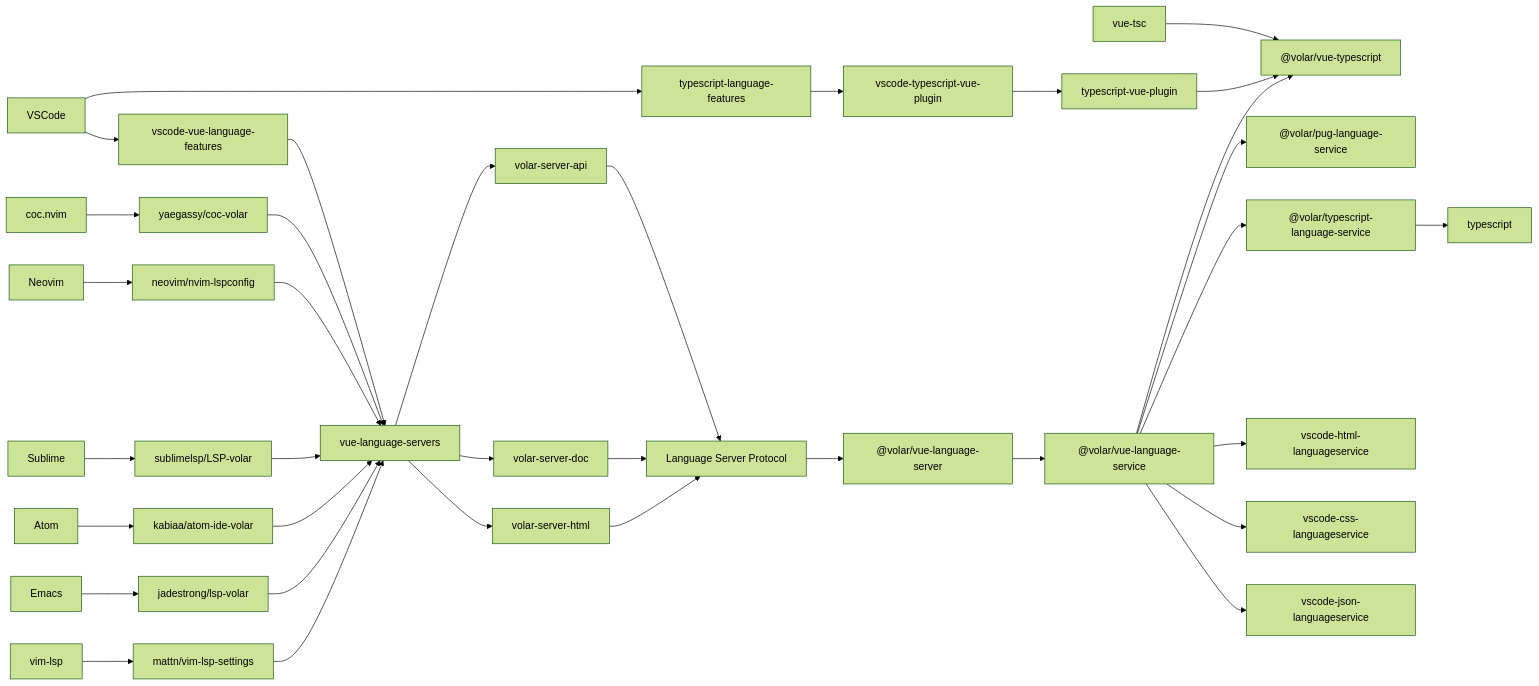
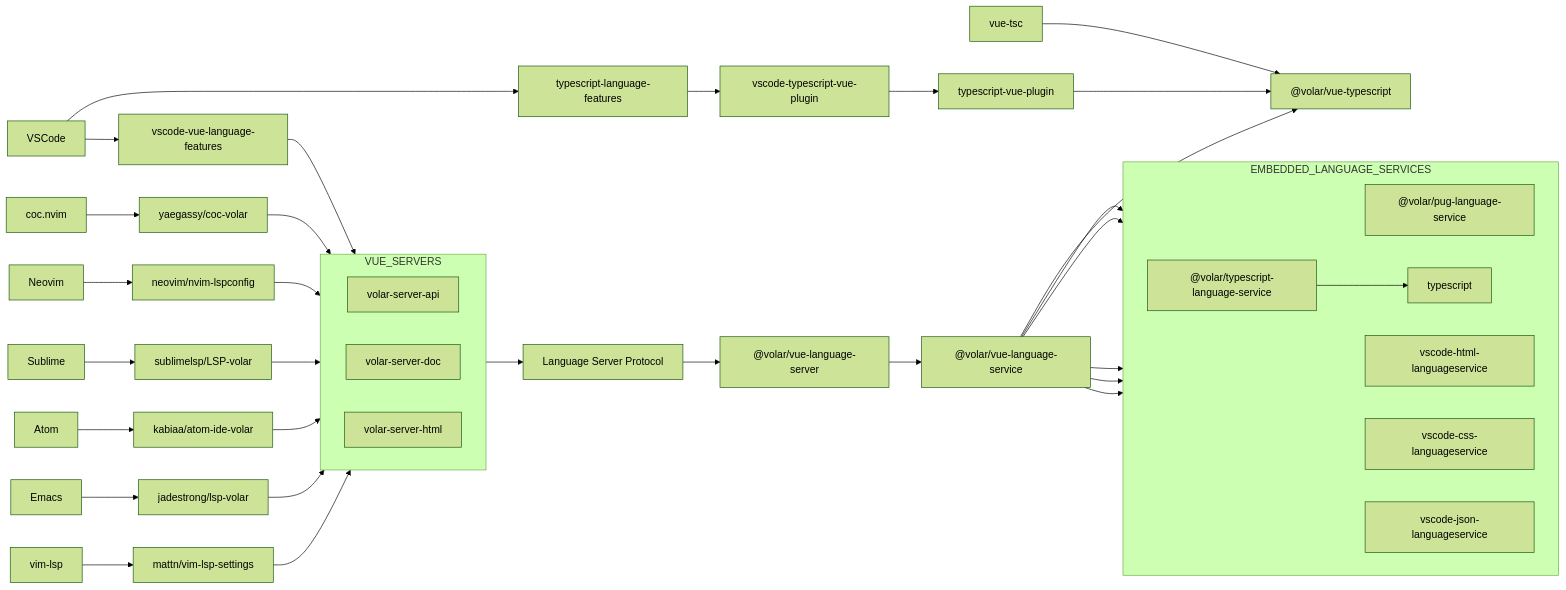
Before and after one commit to vuejs/language-tools: the diagram in README.md, drawn with Mermaid (forest theme).

Commit message:
doc: use subgraph

````diff
--- a/README.md
+++ b/README.md
@@ -40,5 +40,5 @@
 ```mermaid
-graph LR
+flowchart LR
     %% IDEs
     VSC[VSCode]
     COC[coc.nvim]
@@ -59,7 +59,6 @@
 
     %% LSP
     LSP[Language Server Protocol]
-    VUE_SERVERS[vue-language-servers]
     VUE_SERVER_API[volar-server-api]
     VUE_SERVER_DOC[volar-server-doc]
     VUE_SERVER_HTML[volar-server-html]
@@ -83,6 +82,22 @@
     JSON_SERVICE[vscode-json-languageservice]
     TS[typescript]
 
+    subgraph VUE_SERVERS
+      direction LR
+      VUE_SERVER_API
+      VUE_SERVER_DOC
+      VUE_SERVER_HTML
+    end
+
+    subgraph EMBEDDED_LANGUAGE_SERVICES
+      direction LR
+      TS_SERVICE --> TS
+      PUG_SERVICE
+      HTML_SERVICE
+      CSS_SERVICE
+      JSON_SERVICE
+    end
+
     VSC --> VSC_VUE
     COC --> COC_VUE
     NEO --> NEO_VUE
@@ -99,13 +114,7 @@
     EMACS_VUE --> VUE_SERVERS
     VIM_LSP_VUE --> VUE_SERVERS
 
-    VUE_SERVERS --> VUE_SERVER_API
-    VUE_SERVERS --> VUE_SERVER_DOC
-    VUE_SERVERS --> VUE_SERVER_HTML
-
-    VUE_SERVER_API --> LSP
-    VUE_SERVER_DOC --> LSP
-    VUE_SERVER_HTML --> LSP
+    VUE_SERVERS --> LSP
     LSP --> VUE_SEVER
 
     VSC --> VSC_TS
@@ -121,5 +130,4 @@
     VUE_SERVICE --> HTML_SERVICE
     VUE_SERVICE --> CSS_SERVICE
     VUE_SERVICE --> JSON_SERVICE
-    TS_SERVICE --> TS
 ```
````
